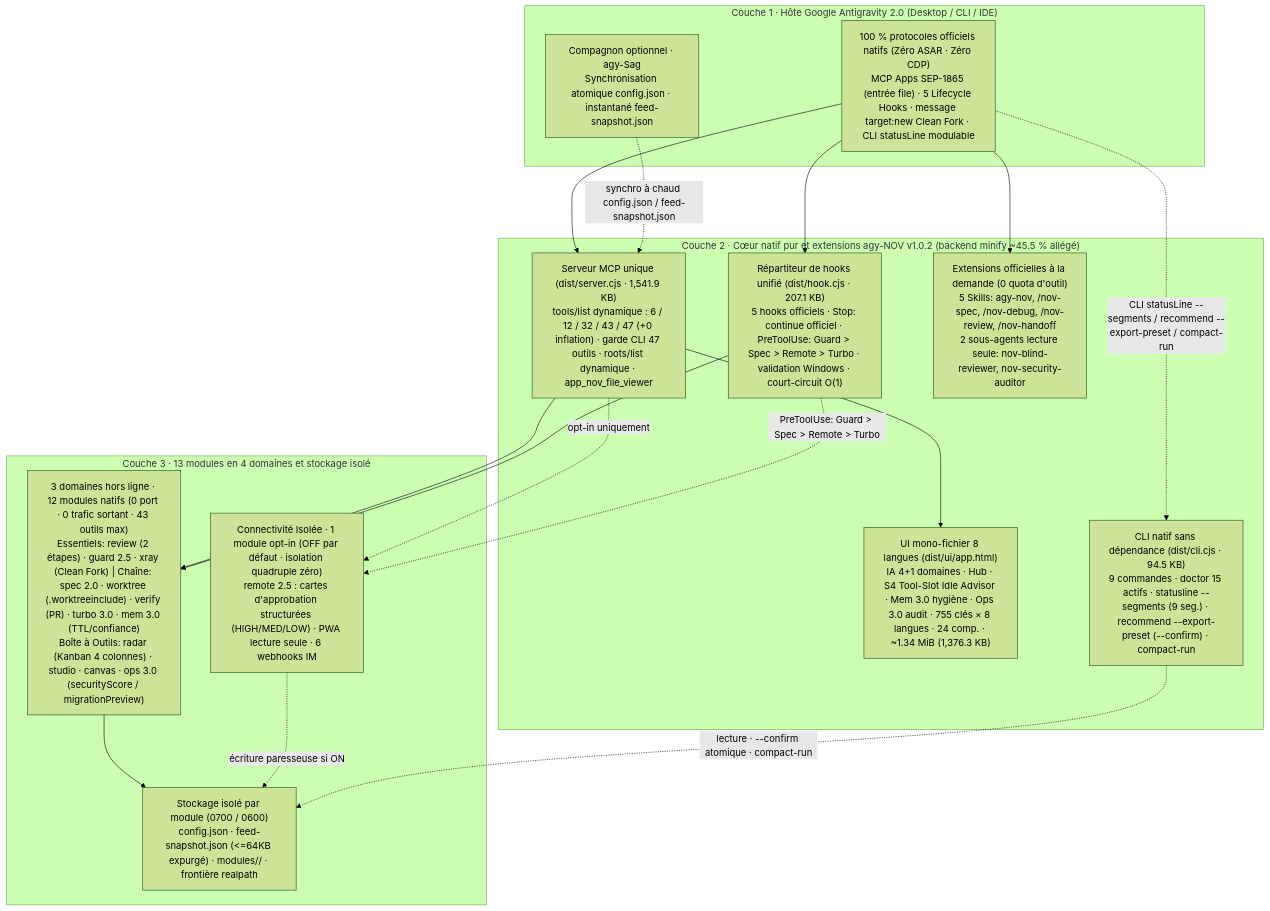
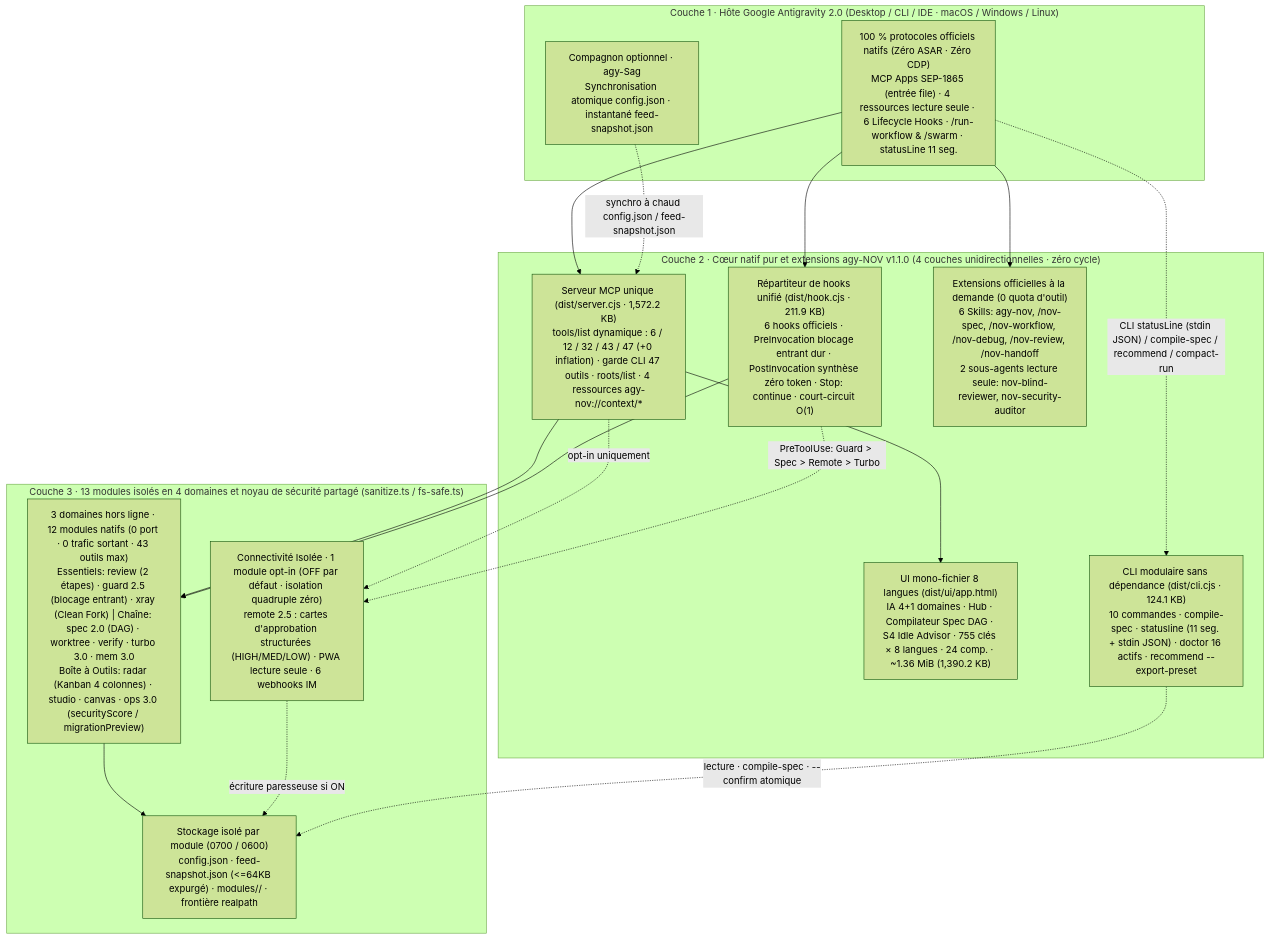
One commit to tone-leh/agy-NOV changed the diagram in docs/i18n/README.fr.md. Above: the diagram before and after it, drawn with Mermaid (forest theme). The commit also changed other lines of this file and 51 other files, not shown here.

Commit message:
feat(v1.1.0): Spec DAG workflow compiler, 6-Hook protocol, MCP context resources & CLI statusLine fusion

````diff
--- a/docs/i18n/README.fr.md
+++ b/docs/i18n/README.fr.md
@@ -245,35 +244,35 @@
 ```mermaid
 flowchart TB
-  subgraph L1["Couche 1 · Hôte Google Antigravity 2.0 (Desktop / CLI / IDE)"]
-    Host["100 % protocoles officiels natifs (Zéro ASAR · Zéro CDP)\nMCP Apps SEP-1865 (entrée file) · 5 Lifecycle Hooks · message target:new Clean Fork · CLI statusLine modulable"]
+  subgraph L1["Couche 1 · Hôte Google Antigravity 2.0 (Desktop / CLI / IDE · macOS / Windows / Linux)"]
+    Host["100 % protocoles officiels natifs (Zéro ASAR · Zéro CDP)\nMCP Apps SEP-1865 (entrée file) · 4 ressources lecture seule · 6 Lifecycle Hooks · /run-workflow & /swarm · statusLine 11 seg."]
     Sag["Compagnon optionnel · agy-Sag\nSynchronisation atomique config.json · instantané feed-snapshot.json"]
   end
 
-  subgraph L2["Couche 2 · Cœur natif pur et extensions agy-NOV v1.0.2 (backend minify ~45.5 % allégé)"]
-    MCP["Serveur MCP unique (dist/server.cjs · 1,541.9 KB)\ntools/list dynamique : 6 / 12 / 32 / 43 / 47 (+0 inflation) · garde CLI 47 outils · roots/list dynamique · app_nov_file_viewer"]
-    Hook["Répartiteur de hooks unifié (dist/hook.cjs · 207.1 KB)\n5 hooks officiels · Stop: continue officiel · PreToolUse: Guard > Spec > Remote > Turbo · validation Windows · court-circuit O(1)"]
-    UI["UI mono-fichier 8 langues (dist/ui/app.html)\nIA 4+1 domaines · Hub · S4 Tool-Slot Idle Advisor · Mem 3.0 hygiène · Ops 3.0 audit · 755 clés × 8 langues · 24 comp. · ~1.34 MiB (1,376.3 KB)"]
-    Ext["Extensions officielles à la demande (0 quota d'outil)\n5 Skills: agy-nov, /nov-spec, /nov-debug, /nov-review, /nov-handoff\n2 sous-agents lecture seule: nov-blind-reviewer, nov-security-auditor"]
-    CLI["CLI natif sans dépendance (dist/cli.cjs · 94.5 KB)\n9 commandes · doctor 15 actifs · statusline --segments (9 seg.) · recommend --export-preset (--confirm) · compact-run"]
+  subgraph L2["Couche 2 · Cœur natif pur et extensions agy-NOV v1.1.0 (4 couches unidirectionnelles · zéro cycle)"]
+    MCP["Serveur MCP unique (dist/server.cjs · 1,572.2 KB)\ntools/list dynamique : 6 / 12 / 32 / 43 / 47 (+0 inflation) · garde CLI 47 outils · roots/list · 4 ressources agy-nov://context/*"]
+    Hook["Répartiteur de hooks unifié (dist/hook.cjs · 211.9 KB)\n6 hooks officiels · PreInvocation blocage entrant dur · PostInvocation synthèse zéro token · Stop: continue · court-circuit O(1)"]
+    UI["UI mono-fichier 8 langues (dist/ui/app.html)\nIA 4+1 domaines · Hub · Compilateur Spec DAG · S4 Idle Advisor · 755 clés × 8 langues · 24 comp. · ~1.36 MiB (1,390.2 KB)"]
+    Ext["Extensions officielles à la demande (0 quota d'outil)\n6 Skills: agy-nov, /nov-spec, /nov-workflow, /nov-debug, /nov-review, /nov-handoff\n2 sous-agents lecture seule: nov-blind-reviewer, nov-security-auditor"]
+    CLI["CLI modulaire sans dépendance (dist/cli.cjs · 124.1 KB)\n10 commandes · compile-spec · statusline (11 seg. + stdin JSON) · doctor 16 actifs · recommend --export-preset"]
   end
 
-  subgraph L3["Couche 3 · 13 modules en 4 domaines et stockage isolé"]
-    T1["3 domaines hors ligne · 12 modules natifs (0 port · 0 trafic sortant · 43 outils max)\nEssentiels: review (2 étapes) · guard 2.5 · xray (Clean Fork) | Chaîne: spec 2.0 · worktree (.worktreeinclude) · verify (PR) · turbo 3.0 · mem 3.0 (TTL/confiance)\nBoîte à Outils: radar (Kanban 4 colonnes) · studio · canvas · ops 3.0 (securityScore / migrationPreview)"]
+  subgraph L3["Couche 3 · 13 modules isolés en 4 domaines et noyau de sécurité partagé (sanitize.ts / fs-safe.ts)"]
+    T1["3 domaines hors ligne · 12 modules natifs (0 port · 0 trafic sortant · 43 outils max)\nEssentiels: review (2 étapes) · guard 2.5 (blocage entrant) · xray (Clean Fork) | Chaîne: spec 2.0 (DAG) · worktree · verify · turbo 3.0 · mem 3.0\nBoîte à Outils: radar (Kanban 4 colonnes) · studio · canvas · ops 3.0 (securityScore / migrationPreview)"]
     T2R["Connectivité Isolée · 1 module opt-in (OFF par défaut · isolation quadruple zéro)\nremote 2.5 : cartes d'approbation structurées (HIGH/MED/LOW) · PWA lecture seule · 6 webhooks IM"]
     Store["Stockage isolé par module (0700 / 0600)\nconfig.json · feed-snapshot.json (<=64KB expurgé) · modules/<id>/ · frontière realpath"]
   end
 
   Host --> MCP
   Host --> Hook
   Host --> Ext
-  Host -. "CLI statusLine --segments / recommend --export-preset / compact-run" .-> CLI
+  Host -. "CLI statusLine (stdin JSON) / compile-spec / recommend / compact-run" .-> CLI
   Sag -. "synchro à chaud config.json / feed-snapshot.json" .-> MCP
   MCP --> UI
   MCP --> T1
   MCP -. "opt-in uniquement" .-> T2R
   Hook --> T1
   Hook -. "PreToolUse: Guard > Spec > Remote > Turbo" .-> T2R
   T1 --> Store
   T2R -. "écriture paresseuse si ON" .-> Store
-  CLI -. "lecture · --confirm atomique · compact-run" .-> Store
+  CLI -. "lecture · compile-spec · --confirm atomique" .-> Store
 ```
````
